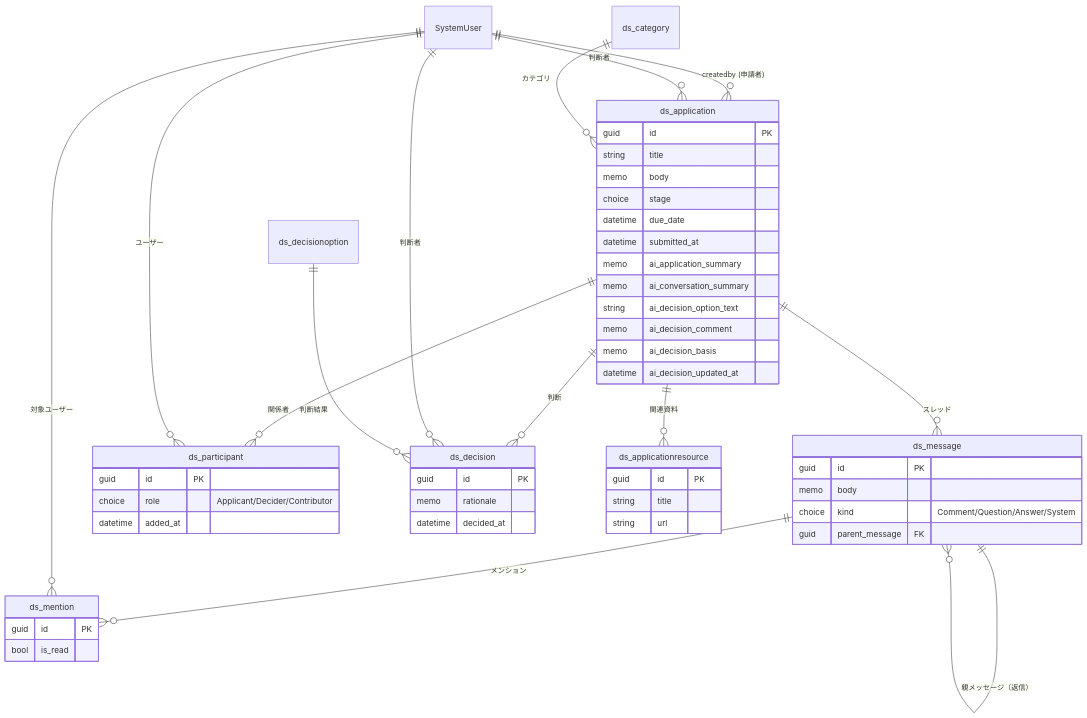
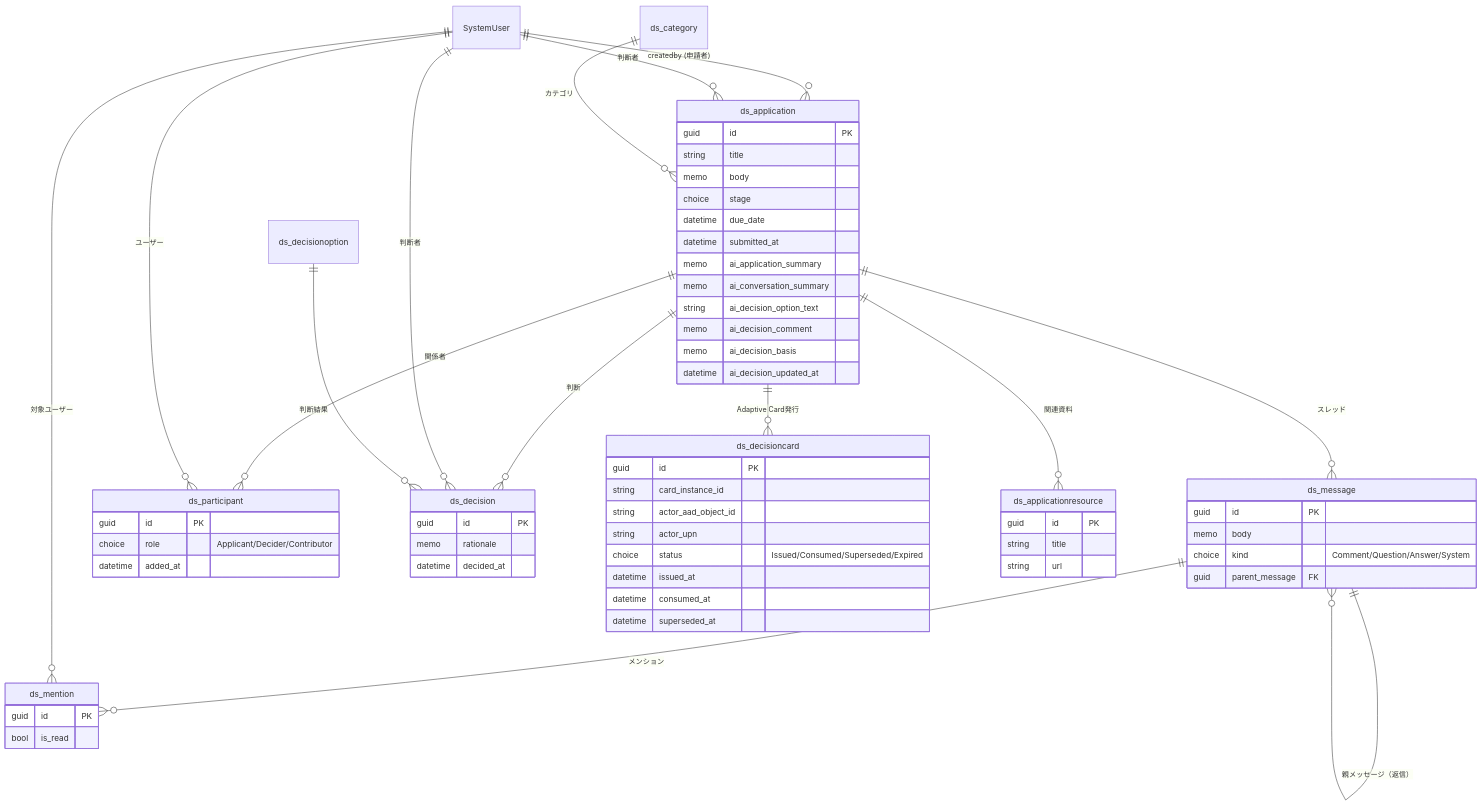
The second of 4 diagrams in docs/ARCHITECTURE.md (PLUG365/DecisionFlow), drawn with Mermaid before and after one commit. The commit also changed other lines of this file and 30 other files, not shown here.

First line of the commit message:
feat: Implement decision confirmation adaptive card and related logic

````diff
--- a/docs/ARCHITECTURE.md
+++ b/docs/ARCHITECTURE.md
@@ -100,56 +103,67 @@
 ```mermaid
 erDiagram
     SystemUser ||--o{ ds_application : "createdby (申請者)"
     SystemUser ||--o{ ds_application : "判断者"
     ds_category ||--o{ ds_application : "カテゴリ"
     ds_application ||--o{ ds_message : "スレッド"
     ds_application ||--o{ ds_participant : "関係者"
     ds_application ||--o{ ds_decision : "判断"
+    ds_application ||--o{ ds_decisioncard : "Adaptive Card発行"
     ds_application ||--o{ ds_applicationresource : "関連資料"
     ds_message ||--o{ ds_message : "親メッセージ（返信）"
     ds_message ||--o{ ds_mention : "メンション"
     SystemUser ||--o{ ds_mention : "対象ユーザー"
     SystemUser ||--o{ ds_participant : "ユーザー"
     SystemUser ||--o{ ds_decision : "判断者"
     ds_decisionoption ||--o{ ds_decision : "判断結果"
 
     ds_application {
         guid id PK
         string title
         memo body
         choice stage
         datetime due_date
         datetime submitted_at
         memo ai_application_summary
         memo ai_conversation_summary
         string ai_decision_option_text
         memo ai_decision_comment
         memo ai_decision_basis
         datetime ai_decision_updated_at
     }
     ds_message {
         guid id PK
         memo body
         choice kind "Comment/Question/Answer/System"
         guid parent_message FK
     }
     ds_mention {
         guid id PK
         bool is_read
     }
     ds_participant {
         guid id PK
         choice role "Applicant/Decider/Contributor"
         datetime added_at
     }
     ds_decision {
         guid id PK
         memo rationale
         datetime decided_at
     }
+    ds_decisioncard {
+        guid id PK
+        string card_instance_id
+        string actor_aad_object_id
+        string actor_upn
+        choice status "Issued/Consumed/Superseded/Expired"
+        datetime issued_at
+        datetime consumed_at
+        datetime superseded_at
+    }
     ds_applicationresource {
         guid id PK
         string title
         string url
     }
 ```
````
